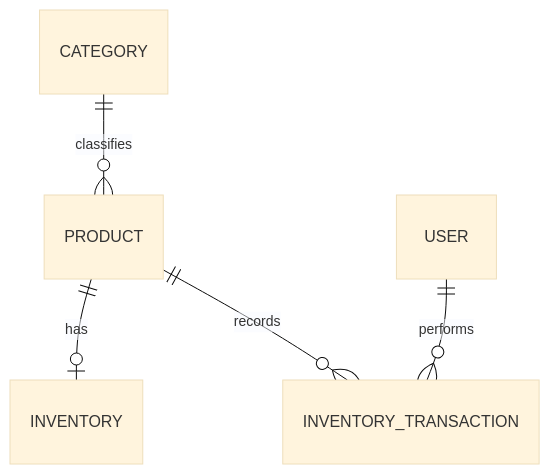
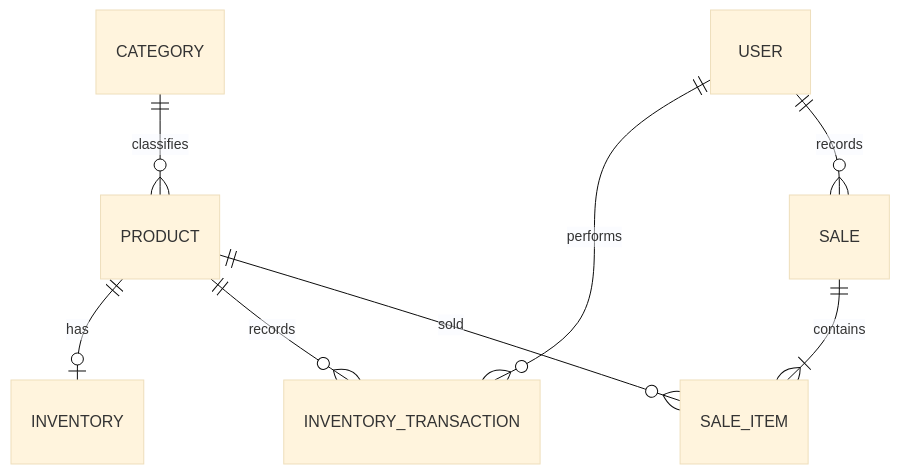
One commit to AtharvMitt/Electronics-Store-Management changed the diagram in docs/database.md. Above: the diagram before and after it, drawn with Mermaid (base theme). The commit also changed other lines of this file and 14 other files, not shown here.

````diff
--- a/docs/database.md
+++ b/docs/database.md
@@ -17,7 +18,10 @@
 ```mermaid
 erDiagram
     CATEGORY ||--o{ PRODUCT : classifies
     PRODUCT ||--o| INVENTORY : has
     PRODUCT ||--o{ INVENTORY_TRANSACTION : records
     USER ||--o{ INVENTORY_TRANSACTION : performs
+    USER ||--o{ SALE : records
+    SALE ||--|{ SALE_ITEM : contains
+    PRODUCT ||--o{ SALE_ITEM : sold
 ```
````
